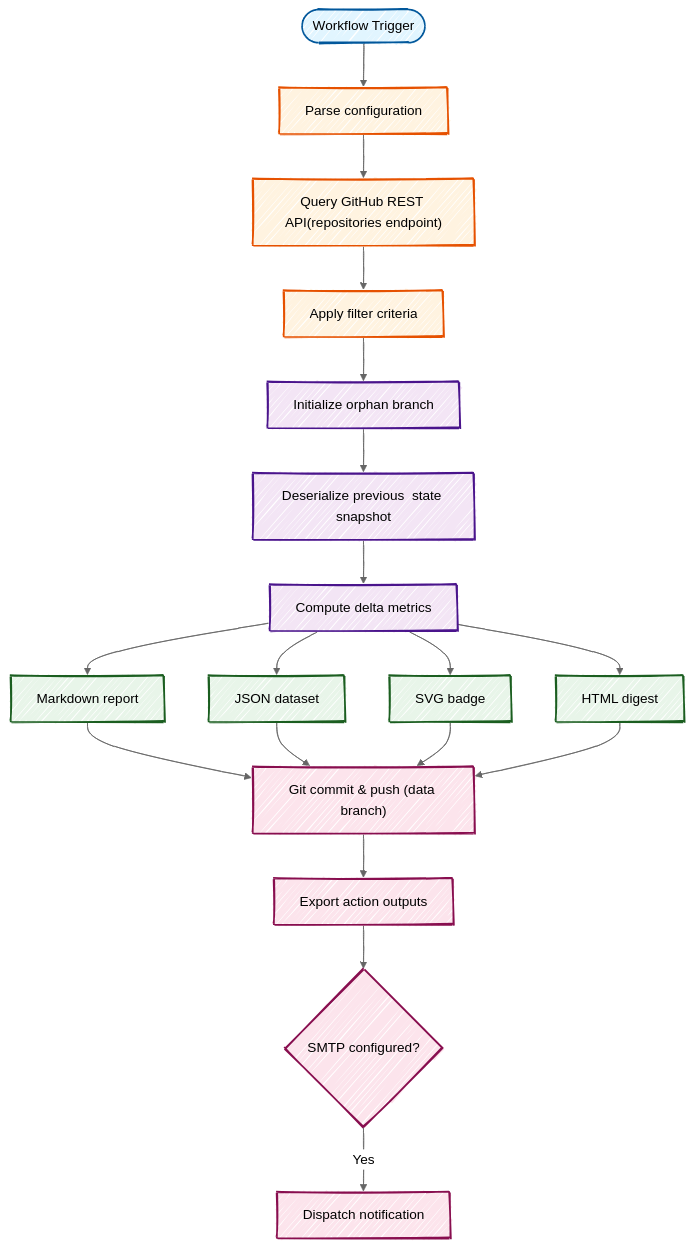
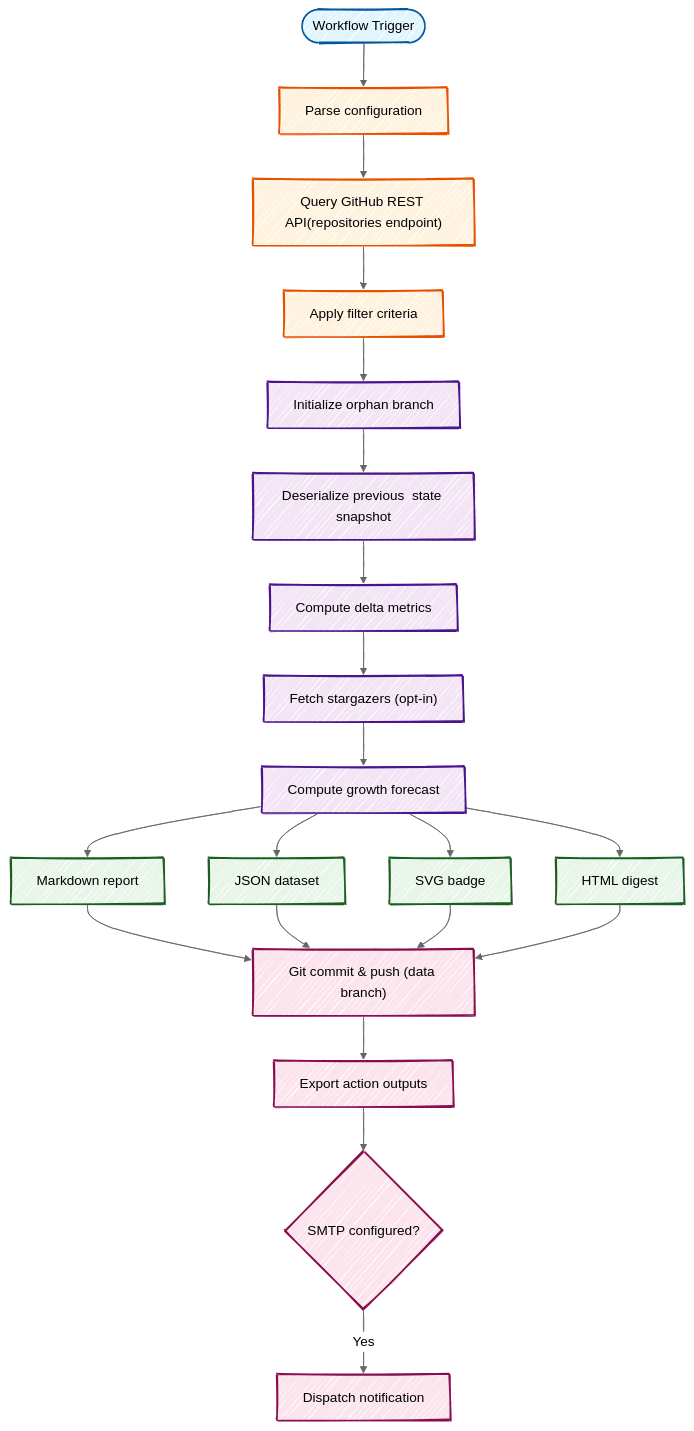
The diagram in README.md (fbuireu/github-star-tracker), drawn with Mermaid before and after one commit. The commit also changed other lines of this file and 33 other files, not shown here.

````diff
--- a/README.md
+++ b/README.md
@@ -141,45 +144,50 @@
 ```mermaid
 ---
 config:
   look: handDrawn
   theme: neutral
 ---
 flowchart TD
     trigger(["Workflow Trigger"])
     config["Parse configuration"]
     fetch["Query GitHub REST API(repositories endpoint)"]
     filter["Apply filter criteria"]
     init["Initialize orphan branch"]
     read["Deserialize previous  state snapshot"]
     compare["Compute delta metrics"]
+    stargazers["Fetch stargazers (opt-in)"]
+    forecast["Compute growth forecast"]
     md["Markdown report"]
     json["JSON dataset"]
     svg["SVG badge"]
     html["HTML digest"]
     commit["Git commit & push (data branch)"]
     setout["Export action outputs"]
     email{"SMTP configured?"}
     send["Dispatch notification"]
 
     trigger --> config --> fetch --> filter
     filter --> init --> read --> compare
-    compare --> md & json & svg & html
+    compare --> stargazers --> forecast
+    forecast --> md & json & svg & html
     md & json & svg & html --> commit --> setout --> email
     email -->|Yes| send
 
     style trigger fill:#e1f5ff,stroke:#01579b,stroke-width:2px
     style config fill:#fff3e0,stroke:#e65100,stroke-width:2px
     style fetch fill:#fff3e0,stroke:#e65100,stroke-width:2px
     style filter fill:#fff3e0,stroke:#e65100,stroke-width:2px
     style init fill:#f3e5f5,stroke:#4a148c,stroke-width:2px
     style read fill:#f3e5f5,stroke:#4a148c,stroke-width:2px
     style compare fill:#f3e5f5,stroke:#4a148c,stroke-width:2px
+    style stargazers fill:#f3e5f5,stroke:#4a148c,stroke-width:2px
+    style forecast fill:#f3e5f5,stroke:#4a148c,stroke-width:2px
     style md fill:#e8f5e9,stroke:#1b5e20,stroke-width:2px
     style json fill:#e8f5e9,stroke:#1b5e20,stroke-width:2px
     style svg fill:#e8f5e9,stroke:#1b5e20,stroke-width:2px
     style html fill:#e8f5e9,stroke:#1b5e20,stroke-width:2px
     style commit fill:#fce4ec,stroke:#880e4f,stroke-width:2px
     style setout fill:#fce4ec,stroke:#880e4f,stroke-width:2px
     style email fill:#fce4ec,stroke:#880e4f,stroke-width:2px
     style send fill:#fce4ec,stroke:#880e4f,stroke-width:2px
 ```
````
